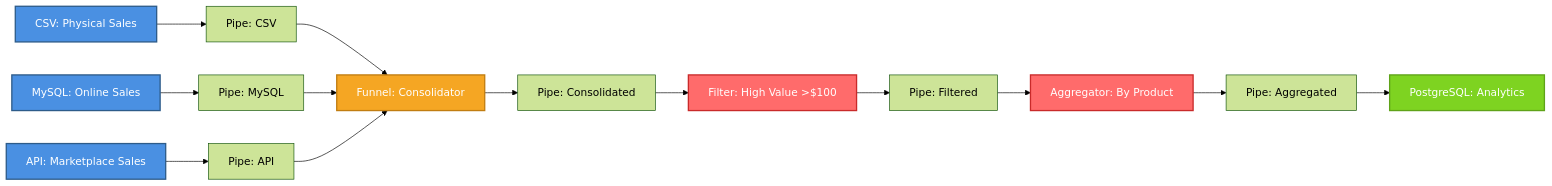
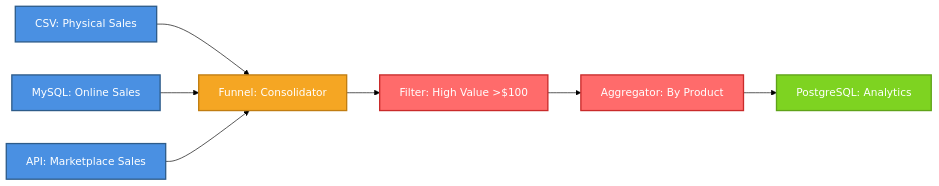
One commit to bernardo-colorado-dubois/open-stage changed the first of 6 diagrams in docs/complex_pipelines.md. Above: the diagram before and after it, drawn with Mermaid (forest theme). The commit also changed other lines of this file, not shown here.

````diff
--- a/docs/complex_pipelines.md
+++ b/docs/complex_pipelines.md
@@ -17,28 +17,19 @@
 ```mermaid
 flowchart LR
     CSV[CSV: Physical Sales]:::origin
     MySQL[MySQL: Online Sales]:::origin
     API[API: Marketplace Sales]:::origin
     
-    CSV --> P1[Pipe: CSV]
-    MySQL --> P2[Pipe: MySQL]
-    API --> P3[Pipe: API]
+    CSV --> Funnel[Funnel: Consolidator]:::router
+    MySQL --> Funnel
+    API --> Funnel
     
-    P1 --> Funnel[Funnel: Consolidator]:::router
-    P2 --> Funnel
-    P3 --> Funnel
-    
-    Funnel --> P4[Pipe: Consolidated]
-    P4 --> Filter[Filter: High Value >$100]:::transformer
-    
-    Filter --> P5[Pipe: Filtered]
-    P5 --> Agg[Aggregator: By Product]:::transformer
-    
-    Agg --> P6[Pipe: Aggregated]
-    P6 --> PG[PostgreSQL: Analytics]:::destination
+    Funnel --> Filter[Filter: High Value >$100]:::transformer
+    Filter --> Agg[Aggregator: By Product]:::transformer
+    Agg --> PG[PostgreSQL: Analytics]:::destination
     
     classDef origin fill:#4A90E2,stroke:#2E5C8A,stroke-width:2px,color:#fff
     classDef transformer fill:#FF6B6B,stroke:#C92A2A,stroke-width:2px,color:#fff
     classDef router fill:#F5A623,stroke:#C17D11,stroke-width:2px,color:#fff
     classDef destination fill:#7ED321,stroke:#5FA319,stroke-width:2px,color:#fff
 ```
````
